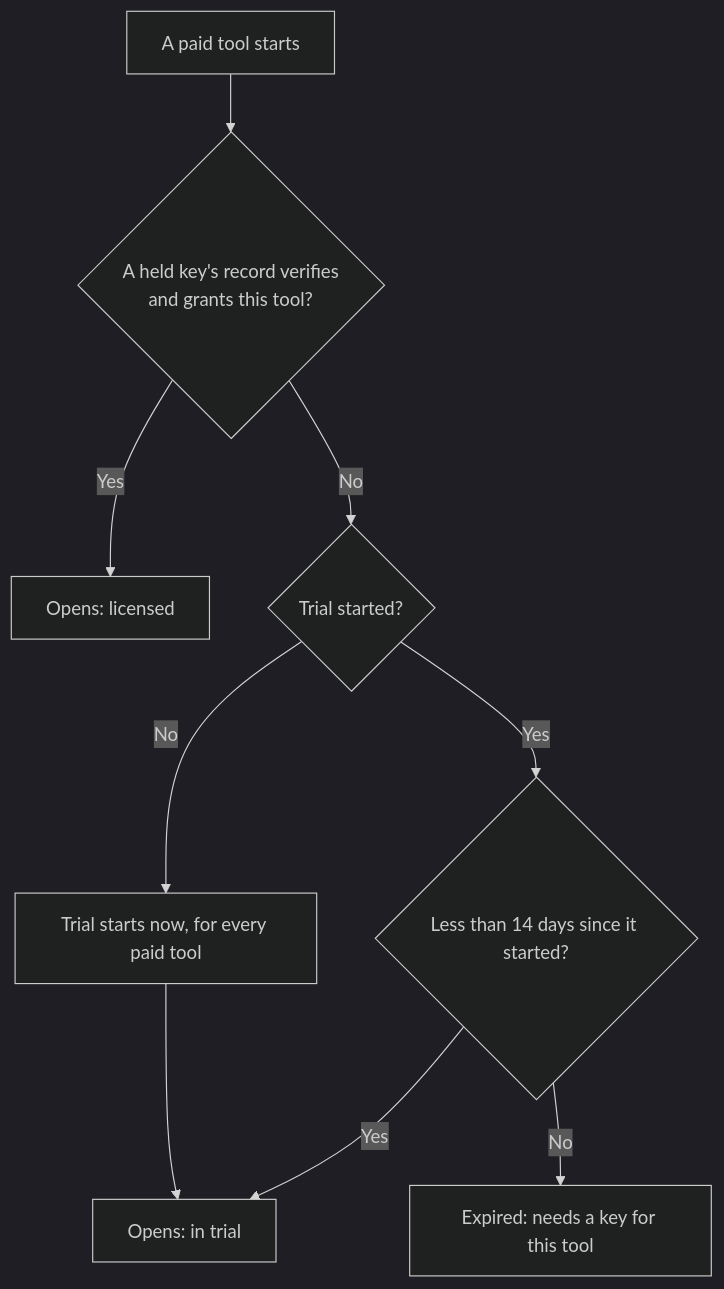
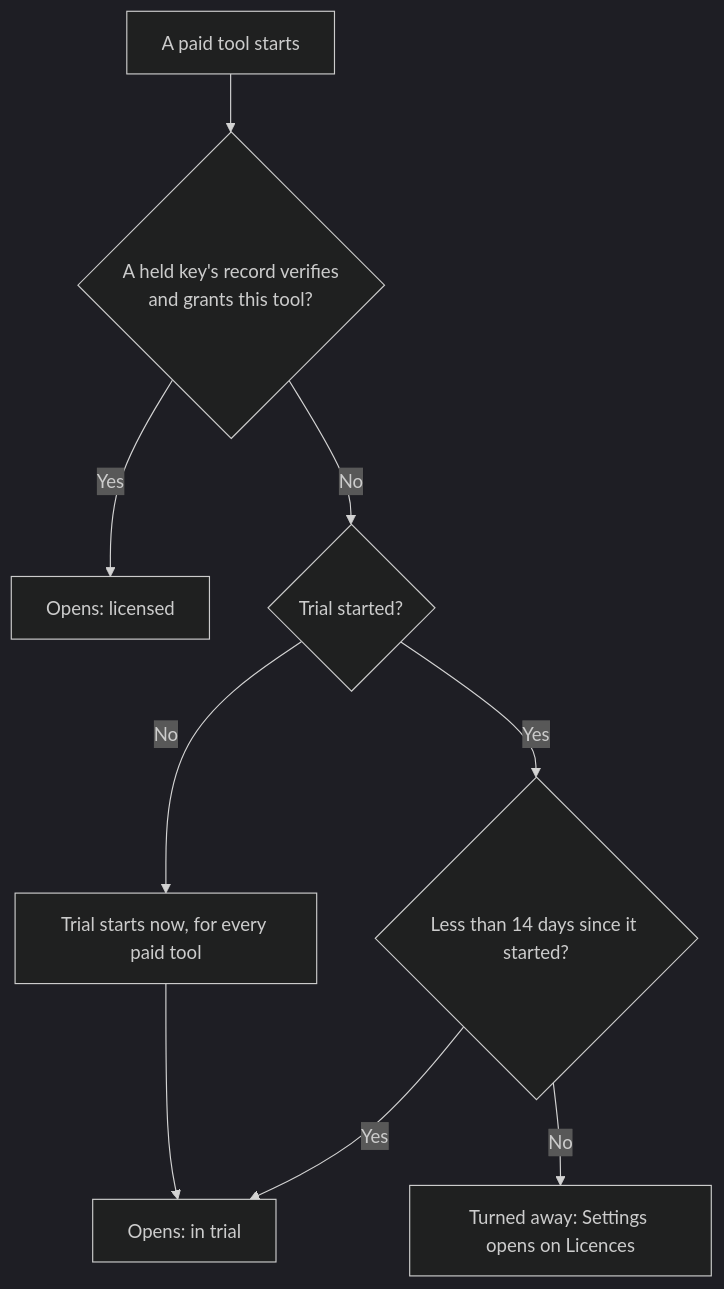
The first of 2 diagrams in src-tauri/crates/licensing/README.md (overpolish/screenwide), drawn with Mermaid (dark theme) before and after one commit. The commit also changed other lines of this file and 114 other files, not shown here.

````diff
--- a/src-tauri/crates/licensing/README.md
+++ b/src-tauri/crates/licensing/README.md
@@ -14,10 +14,10 @@
 ```mermaid
 flowchart TD
   start["A paid tool starts"] --> key{"A held key's record verifies<br/>and grants this tool?"}
   key -- "Yes" --> licensed["Opens: licensed"]
   key -- "No" --> started{"Trial started?"}
   started -- "No" --> begin["Trial starts now, for every paid tool"] --> trial["Opens: in trial"]
   started -- "Yes" --> within{"Less than 14 days since it started?"}
   within -- "Yes" --> trial
-  within -- "No" --> expired["Expired: needs a key for this tool"]
+  within -- "No" --> expired["Turned away: Settings opens on Licences"]
 ```
````
